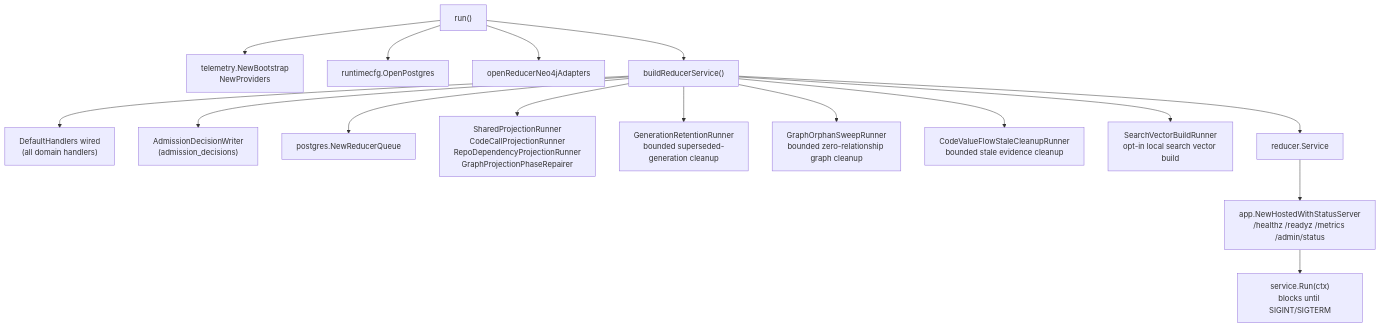
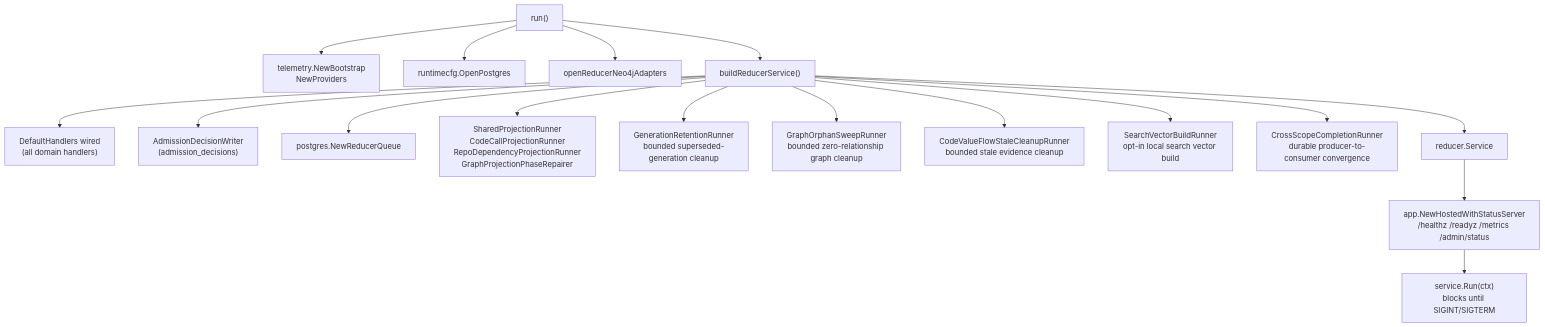
The second of 2 diagrams in go/cmd/reducer/README.md (eshu-hq/eshu), drawn with Mermaid before and after one commit. The commit also changed other lines of this file and 41 other files, not shown here.

Commit message:
#5740: converge cross-scope reducer completion

````diff
--- a/go/cmd/reducer/README.md
+++ b/go/cmd/reducer/README.md
@@ -25,18 +25,19 @@
 ```mermaid
 flowchart TB
   run["run()"] --> Telemetry["telemetry.NewBootstrap\nNewProviders"]
   run --> DB["runtimecfg.OpenPostgres"]
   run --> Graph["openReducerNeo4jAdapters"]
   run --> Build["buildReducerService()"]
   Build --> Handlers["DefaultHandlers wired\n(all domain handlers)"]
   Build --> AdmissionDecisions["AdmissionDecisionWriter\n(admission_decisions)"]
   Build --> Queue["postgres.NewReducerQueue"]
   Build --> Runners["SharedProjectionRunner\nCodeCallProjectionRunner\nRepoDependencyProjectionRunner\nGraphProjectionPhaseRepairer"]
   Build --> Retention["GenerationRetentionRunner\nbounded superseded-generation cleanup"]
   Build --> OrphanSweep["GraphOrphanSweepRunner\nbounded zero-relationship graph cleanup"]
   Build --> ValueFlowCleanup["CodeValueFlowStaleCleanupRunner\nbounded stale evidence cleanup"]
   Build --> SearchVectorBuild["SearchVectorBuildRunner\nopt-in local search vector build"]
+  Build --> CompletionFanout["CrossScopeCompletionRunner\ndurable producer-to-consumer convergence"]
   Build --> SvcObj["reducer.Service"]
   SvcObj --> AdminSurface["app.NewHostedWithStatusServer\n/healthz /readyz /metrics /admin/status"]
   AdminSurface --> RunLoop["service.Run(ctx)\nblocks until SIGINT/SIGTERM"]
 ```
````
